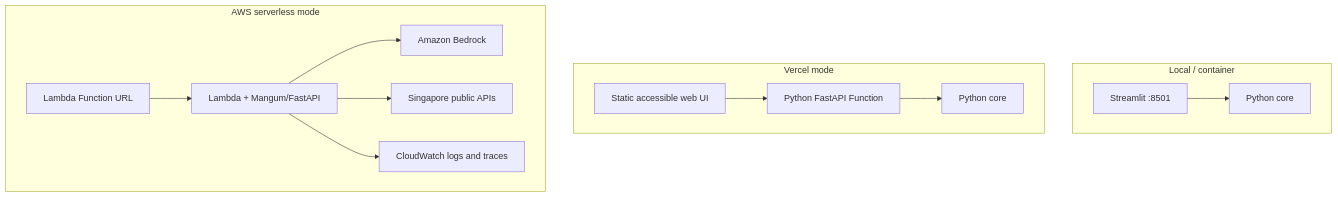
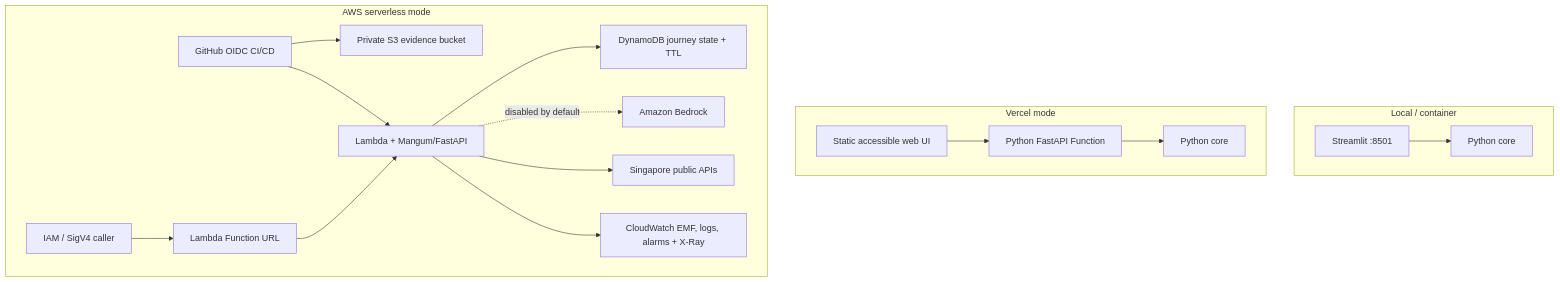
One commit to BarneyLaw/simplify-next changed the second of 2 diagrams in ARCHITECTURE.md. Above: the diagram before and after it, drawn with Mermaid. The commit also changed other lines of this file and 3 other files, not shown here.

````diff
--- a/ARCHITECTURE.md
+++ b/ARCHITECTURE.md
@@ -106,16 +106,20 @@
 ```mermaid
 flowchart TB
     subgraph Local[Local / container]
       ST[Streamlit :8501] --> CORE[Python core]
     end
     subgraph Vercel[Vercel mode]
       WEB[Static accessible web UI] --> VF[Python FastAPI Function]
       VF --> CORE2[Python core]
     end
     subgraph AWS[AWS serverless mode]
-      URL[Lambda Function URL] --> LF[Lambda + Mangum/FastAPI]
-      LF --> BR[Amazon Bedrock]
+      CI[GitHub OIDC CI/CD] --> S3[Private S3 evidence bucket]
+      CI --> LF
+      IAM[IAM / SigV4 caller] --> URL[Lambda Function URL]
+      URL --> LF[Lambda + Mangum/FastAPI]
+      LF --> DB[DynamoDB journey state + TTL]
+      LF -. disabled by default .-> BR[Amazon Bedrock]
       LF --> EXT[Singapore public APIs]
-      LF --> CW[CloudWatch logs and traces]
+      LF --> CW[CloudWatch EMF, logs, alarms + X-Ray]
     end
 ```
````
